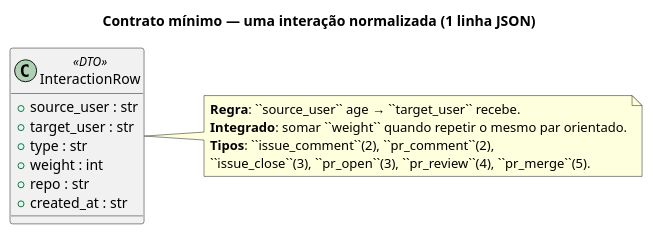
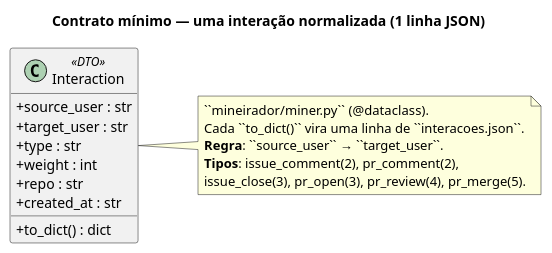
Before and after one commit to Erickguedesc/trabalho-pratico-grafos: the diagram in docs/contrato/diagrama-contrato-interacoes.puml, drawn with PlantUML. The commit also changed 9 other files, not shown here.

Commit message:
correção diagramas

```diff
--- a/docs/contrato/diagrama-contrato-interacoes.puml
+++ b/docs/contrato/diagrama-contrato-interacoes.puml
@@ -1,23 +1,27 @@
 @startuml diagrama-contrato-interacoes
 
 title Contrato mínimo — uma interação normalizada (1 linha JSON)
 
+skinparam classAttributeIconSize 0
 left to right direction
 
-class InteractionRow <<DTO>> {
+class Interaction <<DTO>> {
   + source_user : str
   + target_user : str
   + type : str
   + weight : int
   + repo : str
   + created_at : str
+  __
+  + to_dict() : dict
 }
 
-note right of InteractionRow
-  **Regra**: ``source_user`` age → ``target_user`` recebe.
-  **Integrado**: somar ``weight`` quando repetir o mesmo par orientado.
-  **Tipos**: ``issue_comment``(2), ``pr_comment``(2),
-  ``issue_close``(3), ``pr_open``(3), ``pr_review``(4), ``pr_merge``(5).
+note right of Interaction
+  ``mineirador/miner.py`` (@dataclass).
+  Cada ``to_dict()`` vira uma linha de ``interacoes.json``.
+  **Regra**: ``source_user`` → ``target_user``.
+  **Tipos**: issue_comment(2), pr_comment(2),
+  issue_close(3), pr_open(3), pr_review(4), pr_merge(5).
 end note
 
 @enduml
```
